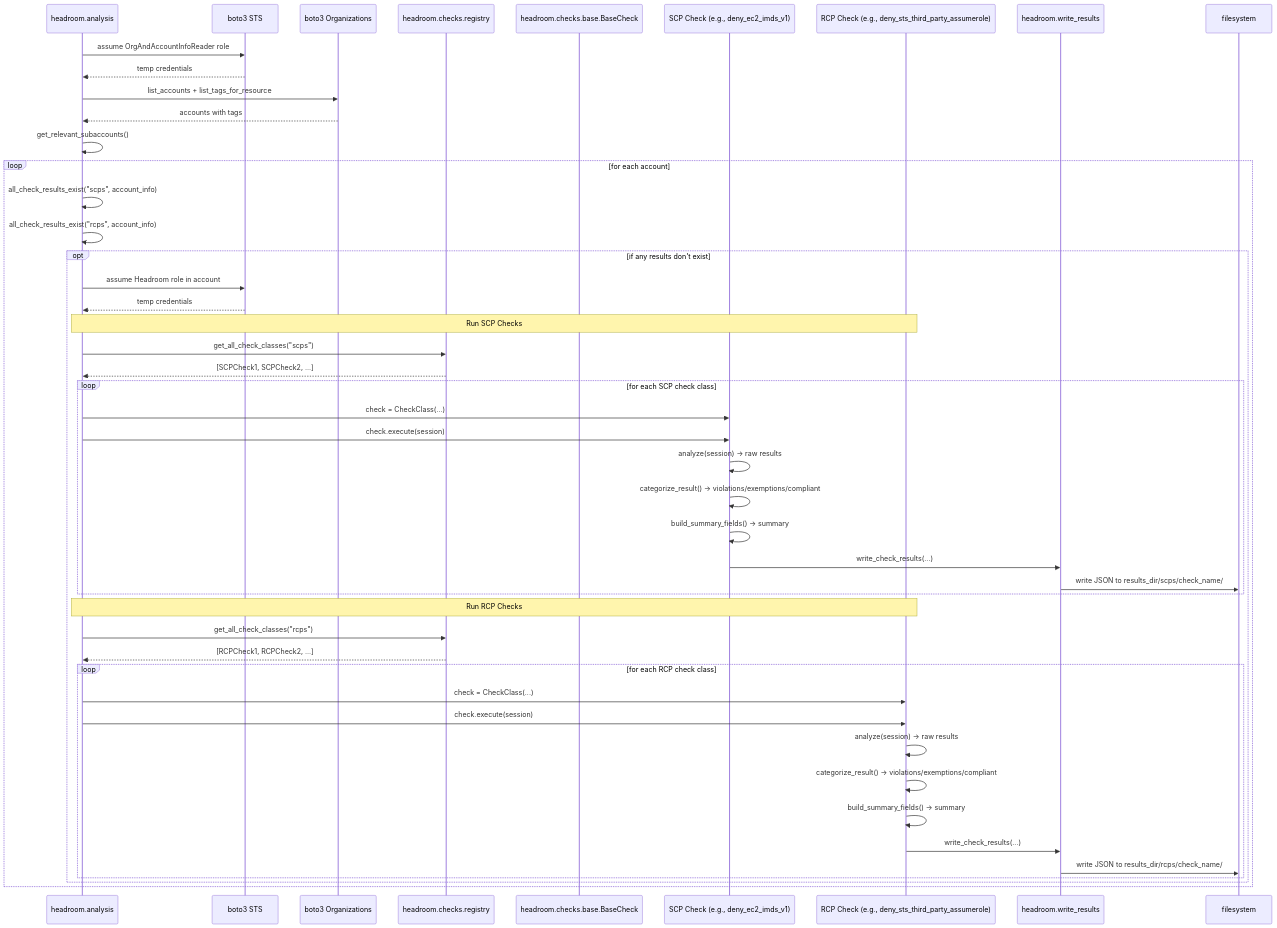
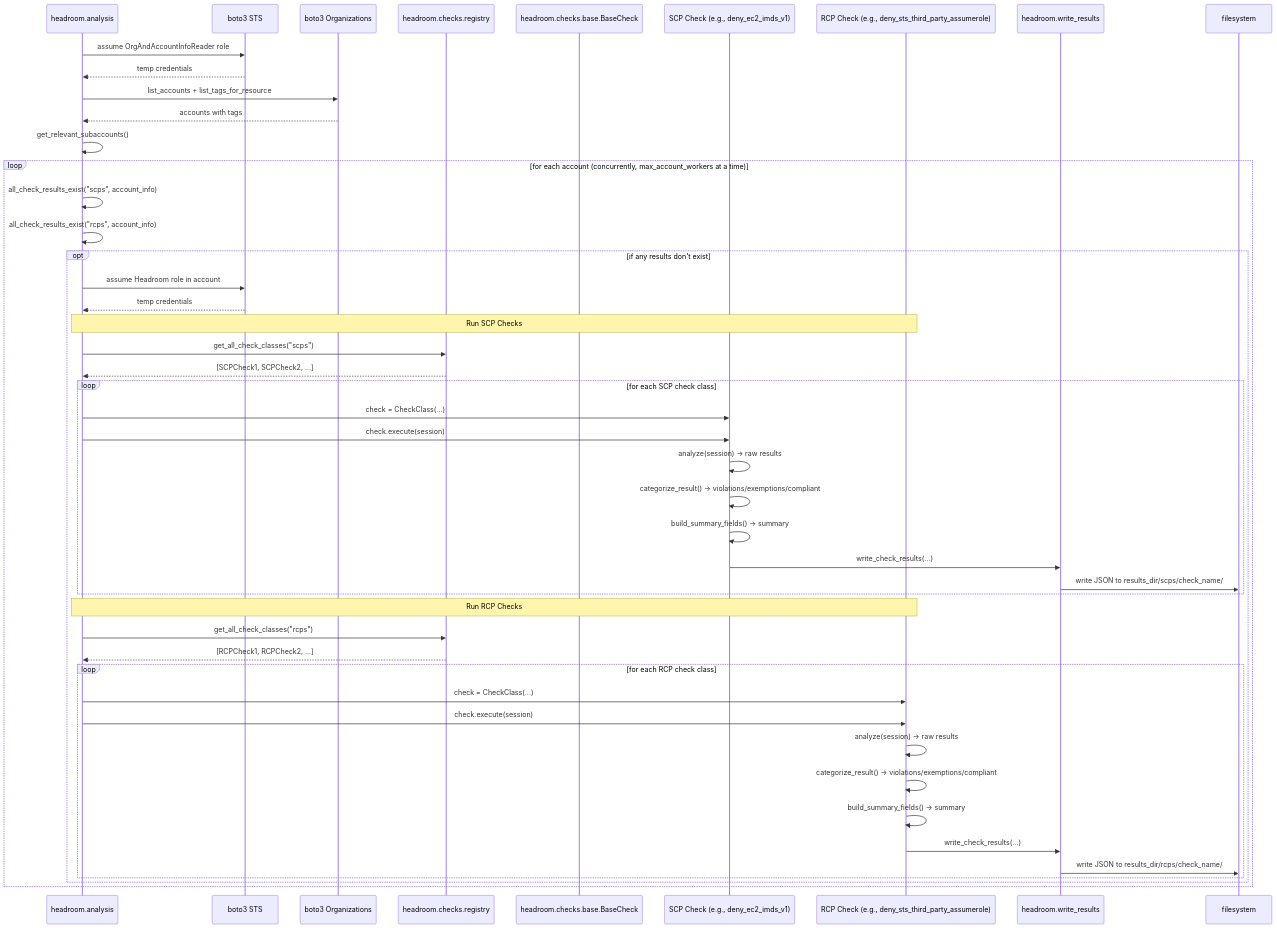
The second of 4 diagrams in documentation/mermaid_diagrams/sequences.md (discocrayon/Headroom), drawn with Mermaid before and after one commit. The commit also changed 11 other files, not shown here.

````diff
--- a/documentation/mermaid_diagrams/sequences.md
+++ b/documentation/mermaid_diagrams/sequences.md
@@ -51,52 +51,52 @@
 ```mermaid
 sequenceDiagram
   participant Analysis as headroom.analysis
   participant STS as boto3 STS
   participant Orgs as boto3 Organizations
   participant Registry as headroom.checks.registry
   participant BaseCheck as headroom.checks.base.BaseCheck
   participant SCPCheck as SCP Check (e.g., deny_ec2_imds_v1)
   participant RCPCheck as RCP Check (e.g., deny_sts_third_party_assumerole)
   participant WriteResults as headroom.write_results
   participant FS as filesystem
 
   Analysis->>STS: assume OrgAndAccountInfoReader role
   STS-->>Analysis: temp credentials
   Analysis->>Orgs: list_accounts + list_tags_for_resource
   Orgs-->>Analysis: accounts with tags
   Analysis->>Analysis: get_relevant_subaccounts()
-  loop for each account
+  loop for each account (concurrently, max_account_workers at a time)
     Analysis->>Analysis: all_check_results_exist("scps", account_info)
     Analysis->>Analysis: all_check_results_exist("rcps", account_info)
     opt if any results don't exist
       Analysis->>STS: assume Headroom role in account
       STS-->>Analysis: temp credentials
 
       Note over Analysis,RCPCheck: Run SCP Checks
       Analysis->>Registry: get_all_check_classes("scps")
       Registry-->>Analysis: [SCPCheck1, SCPCheck2, ...]
       loop for each SCP check class
         Analysis->>SCPCheck: check = CheckClass(...)
         Analysis->>SCPCheck: check.execute(session)
         SCPCheck->>SCPCheck: analyze(session) -> raw results
         SCPCheck->>SCPCheck: categorize_result() -> violations/exemptions/compliant
         SCPCheck->>SCPCheck: build_summary_fields() -> summary
         SCPCheck->>WriteResults: write_check_results(...)
         WriteResults->>FS: write JSON to results_dir/scps/check_name/
       end
 
       Note over Analysis,RCPCheck: Run RCP Checks
       Analysis->>Registry: get_all_check_classes("rcps")
       Registry-->>Analysis: [RCPCheck1, RCPCheck2, ...]
       loop for each RCP check class
         Analysis->>RCPCheck: check = CheckClass(...)
         Analysis->>RCPCheck: check.execute(session)
         RCPCheck->>RCPCheck: analyze(session) -> raw results
         RCPCheck->>RCPCheck: categorize_result() -> violations/exemptions/compliant
         RCPCheck->>RCPCheck: build_summary_fields() -> summary
         RCPCheck->>WriteResults: write_check_results(...)
         WriteResults->>FS: write JSON to results_dir/rcps/check_name/
       end
     end
   end
 ```
````
